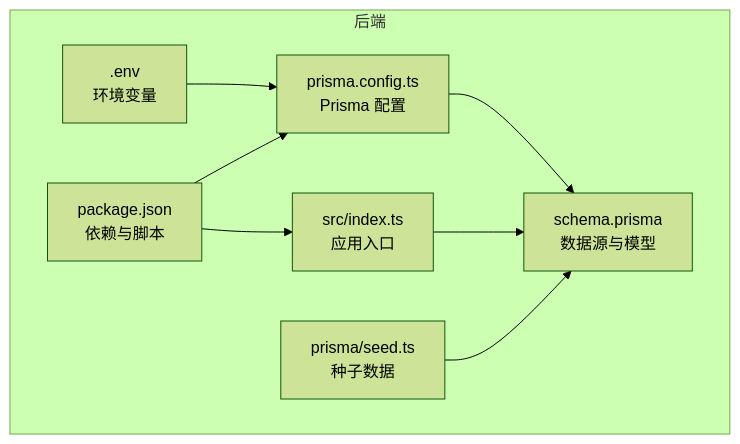
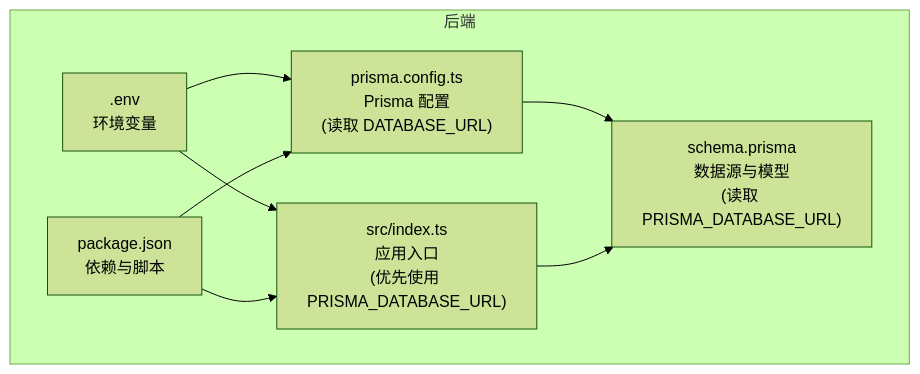
The first of 5 diagrams in .qoder/repowiki/zh/content/环境配置与部署/后端环境配置/环境变量配置.md (iazrael/feihua-ling), drawn with Mermaid (forest theme) before and after one commit. The commit also changed other lines of this file and 12 other files, not shown here.

````diff
--- a/.qoder/repowiki/zh/content/环境配置与部署/后端环境配置/环境变量配置.md
+++ b/.qoder/repowiki/zh/content/环境配置与部署/后端环境配置/环境变量配置.md
@@ -36,17 +40,16 @@
 ```mermaid
 graph TB
 subgraph "后端"
 ENV[".env<br/>环境变量"]
-PCFG["prisma.config.ts<br/>Prisma 配置"]
-SCHEMA["schema.prisma<br/>数据源与模型"]
-IDX["src/index.ts<br/>应用入口"]
-SEED["prisma/seed.ts<br/>种子数据"]
+PCFG["prisma.config.ts<br/>Prisma 配置<br/>(读取 DATABASE_URL)"]
+SCHEMA["schema.prisma<br/>数据源与模型<br/>(读取 PRISMA_DATABASE_URL)"]
+IDX["src/index.ts<br/>应用入口<br/>(优先使用 PRISMA_DATABASE_URL)"]
 PKG["package.json<br/>依赖与脚本"]
 end
 ENV --> PCFG
+ENV --> IDX
 PCFG --> SCHEMA
 IDX --> SCHEMA
-SEED --> SCHEMA
 PKG --> PCFG
 PKG --> IDX
 ```
````
